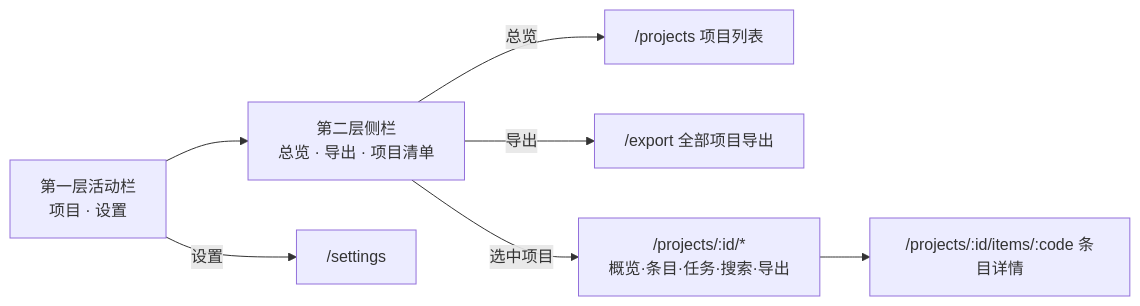
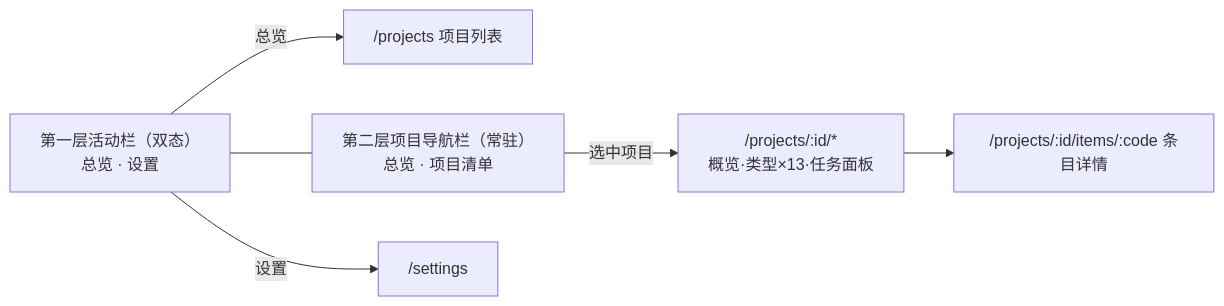
Before and after one commit to Kommisaar/relay-harbor: the diagram in docs/design/05-detailed-design/ui/app-shell.md, drawn with Mermaid. The commit also changed other lines of this file and 49 other files, not shown here.

````diff
--- a/docs/design/05-detailed-design/ui/app-shell.md
+++ b/docs/design/05-detailed-design/ui/app-shell.md
@@ -29,9 +52,8 @@
 ```mermaid
 flowchart LR
-    rail["第一层活动栏<br/>项目 · 设置"] --> nav2["第二层侧栏<br/>总览 · 导出 · 项目清单"]
-    nav2 -->|总览| plist["/projects 项目列表"]
-    nav2 -->|导出| allexport["/export 全部项目导出"]
-    nav2 -->|选中项目| work["/projects/:id/*<br/>概览·条目·任务·搜索·导出"]
+    rail["第一层活动栏（双态）<br/>总览 · 设置"] -->|总览| plist["/projects 项目列表"]
+    rail --- side["第二层项目导航栏（常驻）<br/>总览 · 项目清单"]
+    side -->|选中项目| work["/projects/:id/*<br/>概览·类型×13·任务面板"]
     rail -->|设置| settings["/settings"]
     work --> detail["/projects/:id/items/:code 条目详情"]
 ```
````
